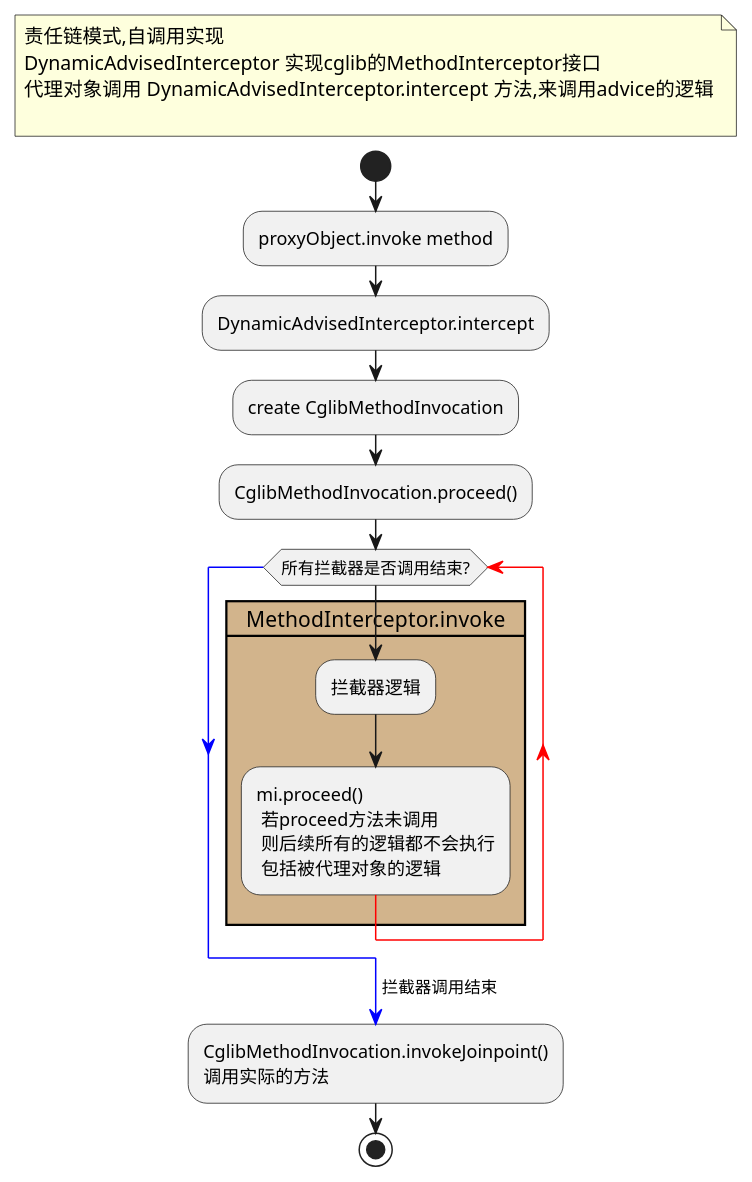
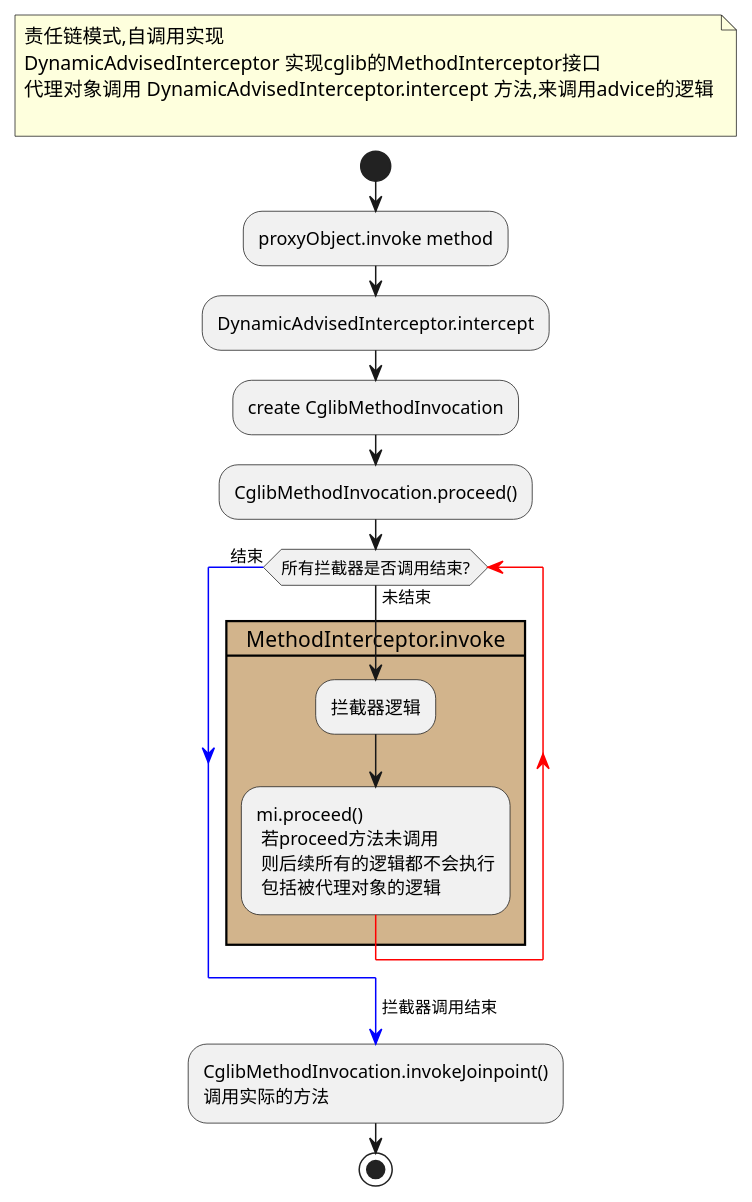
Before and after one commit to FHJ2020/spring-uml: the diagram in uml/src/main/java/aop/proxyMethod_invoke.puml, drawn with PlantUML. The commit also changed 6 other files, not shown here.

```diff
--- a/uml/src/main/java/aop/proxyMethod_invoke.puml
+++ b/uml/src/main/java/aop/proxyMethod_invoke.puml
@@ -1,33 +1,33 @@
 @startuml
 'https://plantuml.com/activity-diagram-beta
 floating note
 责任链模式,自调用实现
 DynamicAdvisedInterceptor 实现cglib的MethodInterceptor接口
 代理对象调用 DynamicAdvisedInterceptor.intercept 方法,来调用advice的逻辑
 
 end note
 start
 :proxyObject.invoke method;
 
 :DynamicAdvisedInterceptor.intercept;
 
 :create CglibMethodInvocation;
 :CglibMethodInvocation.proceed();
 
-while (所有拦截器是否调用结束?)
+while (所有拦截器是否调用结束?) is (未结束)
     card MethodInterceptor.invoke  #tan {
         :拦截器逻辑;
         :mi.proceed()
          若proceed方法未调用
          则后续所有的逻辑都不会执行
          包括被代理对象的逻辑;
         -[#red]-> ;
     }
-endwhile
+endwhile (结束)
 -[#blue]-> 拦截器调用结束;
 :CglibMethodInvocation.invokeJoinpoint()
 调用实际的方法;
 
 stop
 
 @enduml
```
